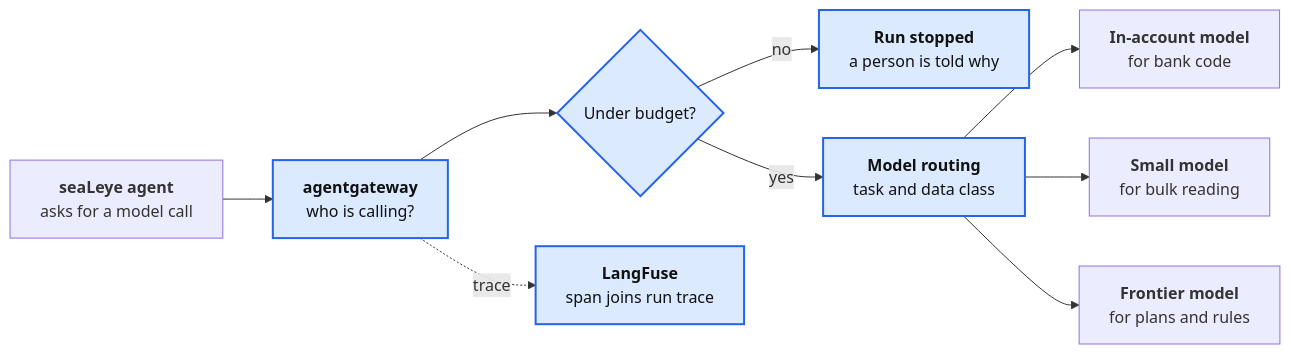
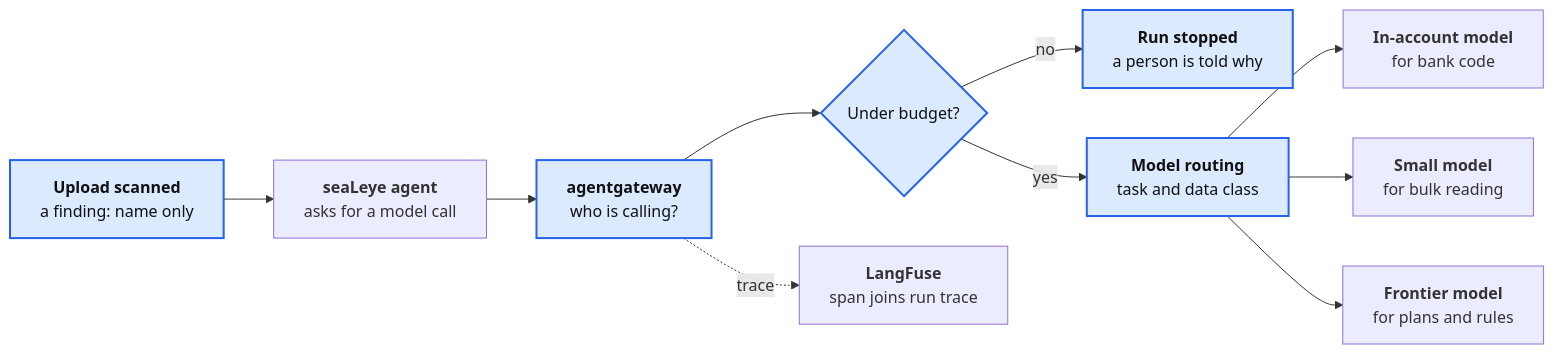
The fourth of 11 diagrams in docs/BUILD-OUT.md (GregKliewer/sealeye), drawn with Mermaid before and after one commit. The commit also changed other lines of this file and 4 other files, not shown here.

````diff
--- a/docs/BUILD-OUT.md
+++ b/docs/BUILD-OUT.md
@@ -122,13 +123,14 @@
 ```mermaid
 flowchart LR
-  agent["<b>seaLeye agent</b><br/>asks for a model call"] --> gw["<b>agentgateway</b><br/>who is calling?"]
+  upload["<b>Upload scanned</b><br/>a finding: name only"] --> agent["<b>seaLeye agent</b><br/>asks for a model call"]
+  agent --> gw["<b>agentgateway</b><br/>who is calling?"]
   gw --> budget{"Under budget?"}
   budget -- no --> stop["<b>Run stopped</b><br/>a person is told why"]
   budget -- yes --> router["<b>Model routing</b><br/>task and data class"]
   router --> inacct["<b>In-account model</b><br/>for bank code"]
   router --> small["<b>Small model</b><br/>for bulk reading"]
   router --> frontier["<b>Frontier model</b><br/>for plans and rules"]
   gw -. trace .-> lf["<b>LangFuse</b><br/>span joins run trace"]
   classDef new fill:#dbeafe,stroke:#2563eb,stroke-width:2px,color:#111
-  class gw,budget,stop,router,lf new
+  class upload,gw,budget,stop,router new
 ```
````
